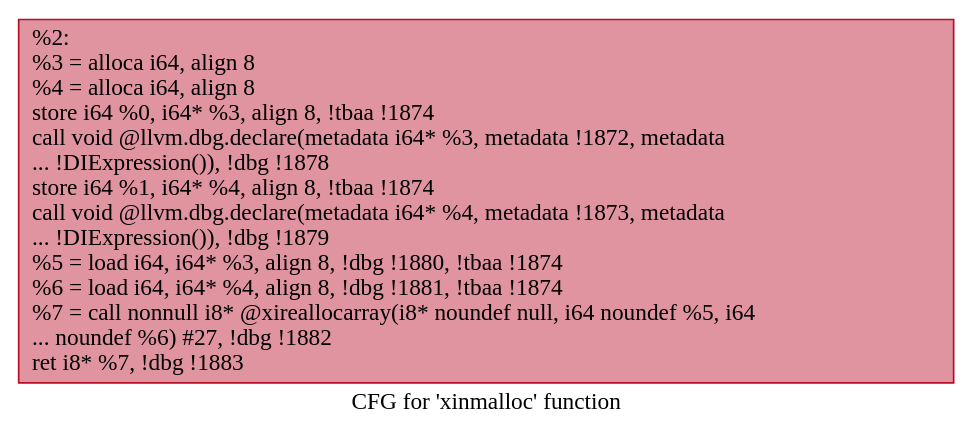
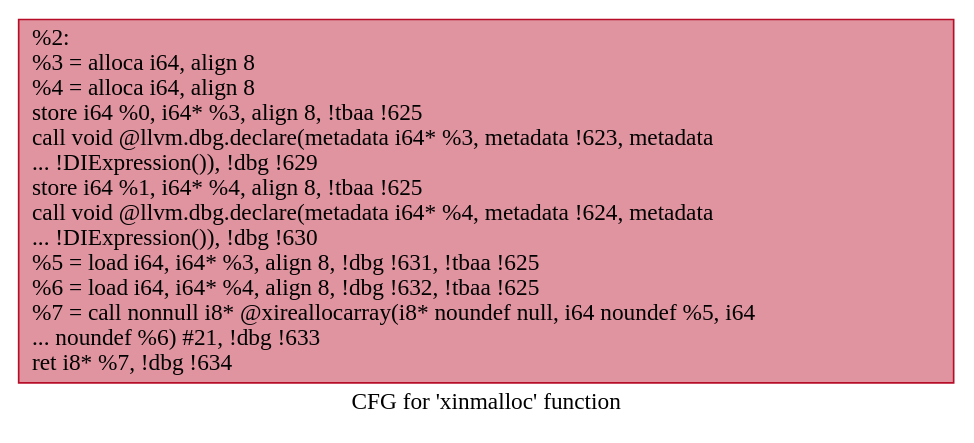
The diagram in src/experiments/coreutils/.xinmalloc.dot (hmc-alpaqa/metrinome), drawn with Graphviz before and after one commit. The commit also changed 490 other files, not shown here.

Commit message:
success graph simplifying on true.bc

```diff
--- a/src/experiments/coreutils/.xinmalloc.dot
+++ b/src/experiments/coreutils/.xinmalloc.dot
@@ -1,5 +1,5 @@
 digraph "CFG for 'xinmalloc' function" {
 	label="CFG for 'xinmalloc' function";
 
-	Node0xdba240 [shape=record,color="#b70d28ff", style=filled, fillcolor="#b70d2870",label="{%2:\l  %3 = alloca i64, align 8\l  %4 = alloca i64, align 8\l  store i64 %0, i64* %3, align 8, !tbaa !1874\l  call void @llvm.dbg.declare(metadata i64* %3, metadata !1872, metadata\l... !DIExpression()), !dbg !1878\l  store i64 %1, i64* %4, align 8, !tbaa !1874\l  call void @llvm.dbg.declare(metadata i64* %4, metadata !1873, metadata\l... !DIExpression()), !dbg !1879\l  %5 = load i64, i64* %3, align 8, !dbg !1880, !tbaa !1874\l  %6 = load i64, i64* %4, align 8, !dbg !1881, !tbaa !1874\l  %7 = call nonnull i8* @xireallocarray(i8* noundef null, i64 noundef %5, i64\l... noundef %6) #27, !dbg !1882\l  ret i8* %7, !dbg !1883\l}"];
+	Node0x1d62bc0 [shape=record,color="#b70d28ff", style=filled, fillcolor="#b70d2870",label="{%2:\l  %3 = alloca i64, align 8\l  %4 = alloca i64, align 8\l  store i64 %0, i64* %3, align 8, !tbaa !625\l  call void @llvm.dbg.declare(metadata i64* %3, metadata !623, metadata\l... !DIExpression()), !dbg !629\l  store i64 %1, i64* %4, align 8, !tbaa !625\l  call void @llvm.dbg.declare(metadata i64* %4, metadata !624, metadata\l... !DIExpression()), !dbg !630\l  %5 = load i64, i64* %3, align 8, !dbg !631, !tbaa !625\l  %6 = load i64, i64* %4, align 8, !dbg !632, !tbaa !625\l  %7 = call nonnull i8* @xireallocarray(i8* noundef null, i64 noundef %5, i64\l... noundef %6) #21, !dbg !633\l  ret i8* %7, !dbg !634\l}"];
 }
```
